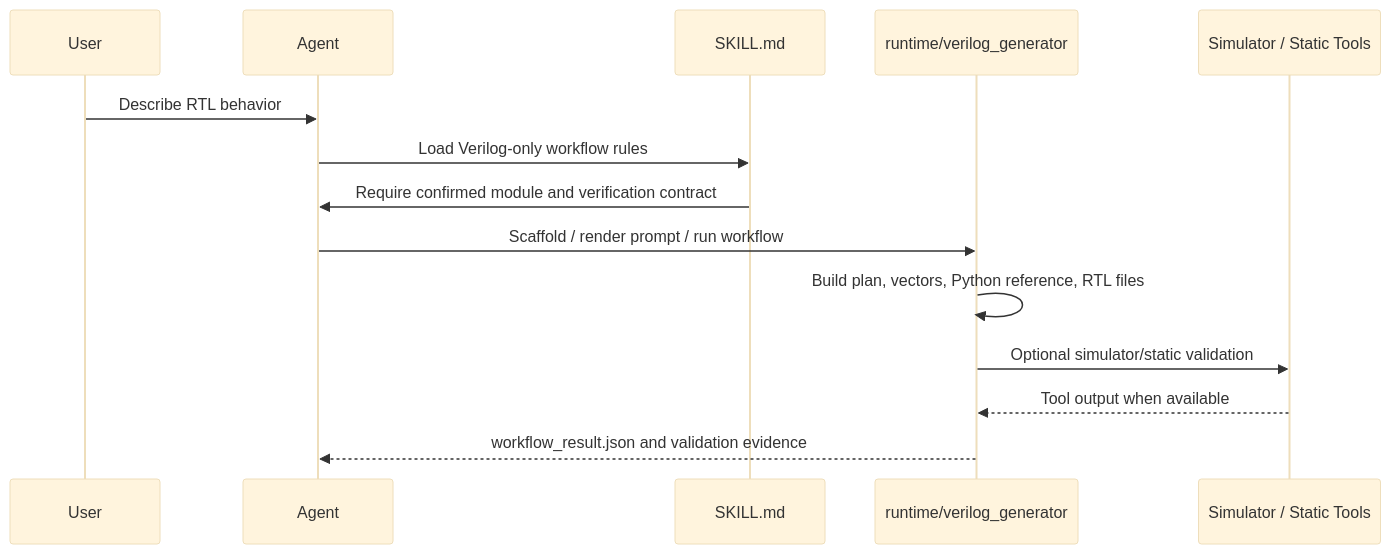
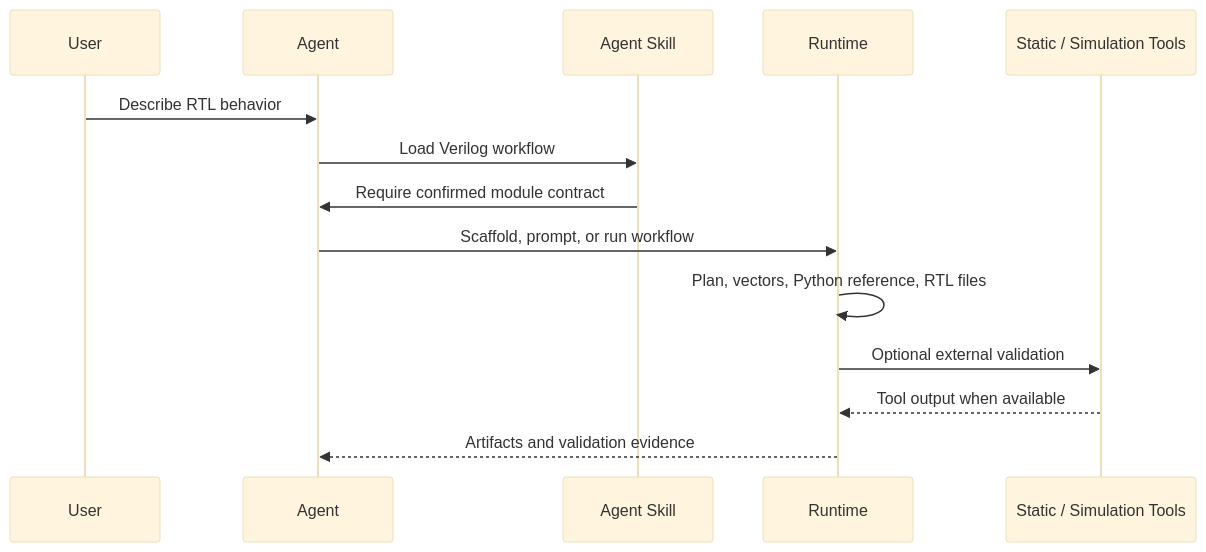
The second of 2 diagrams in README.md (Eriemon/verilog-generator), drawn with Mermaid (base theme) before and after one commit. The commit also changed other lines of this file and 3 other files, not shown here.

````diff
--- a/README.md
+++ b/README.md
@@ -47,17 +53,17 @@
 ```mermaid
 sequenceDiagram
     participant User
     participant Agent
-    participant Skill as SKILL.md
-    participant Runtime as runtime/verilog_generator
-    participant Sim as Simulator / Static Tools
+    participant Skill as Agent Skill
+    participant Runtime
+    participant Tools as Static / Simulation Tools
 
     User->>Agent: Describe RTL behavior
-    Agent->>Skill: Load Verilog-only workflow rules
-    Skill->>Agent: Require confirmed module and verification contract
-    Agent->>Runtime: Scaffold / render prompt / run workflow
-    Runtime->>Runtime: Build plan, vectors, Python reference, RTL files
-    Runtime->>Sim: Optional simulator/static validation
-    Sim-->>Runtime: Tool output when available
-    Runtime-->>Agent: workflow_result.json and validation evidence
+    Agent->>Skill: Load Verilog workflow
+    Skill->>Agent: Require confirmed module contract
+    Agent->>Runtime: Scaffold, prompt, or run workflow
+    Runtime->>Runtime: Plan, vectors, Python reference, RTL files
+    Runtime->>Tools: Optional external validation
+    Tools-->>Runtime: Tool output when available
+    Runtime-->>Agent: Artifacts and validation evidence
 ```
````
